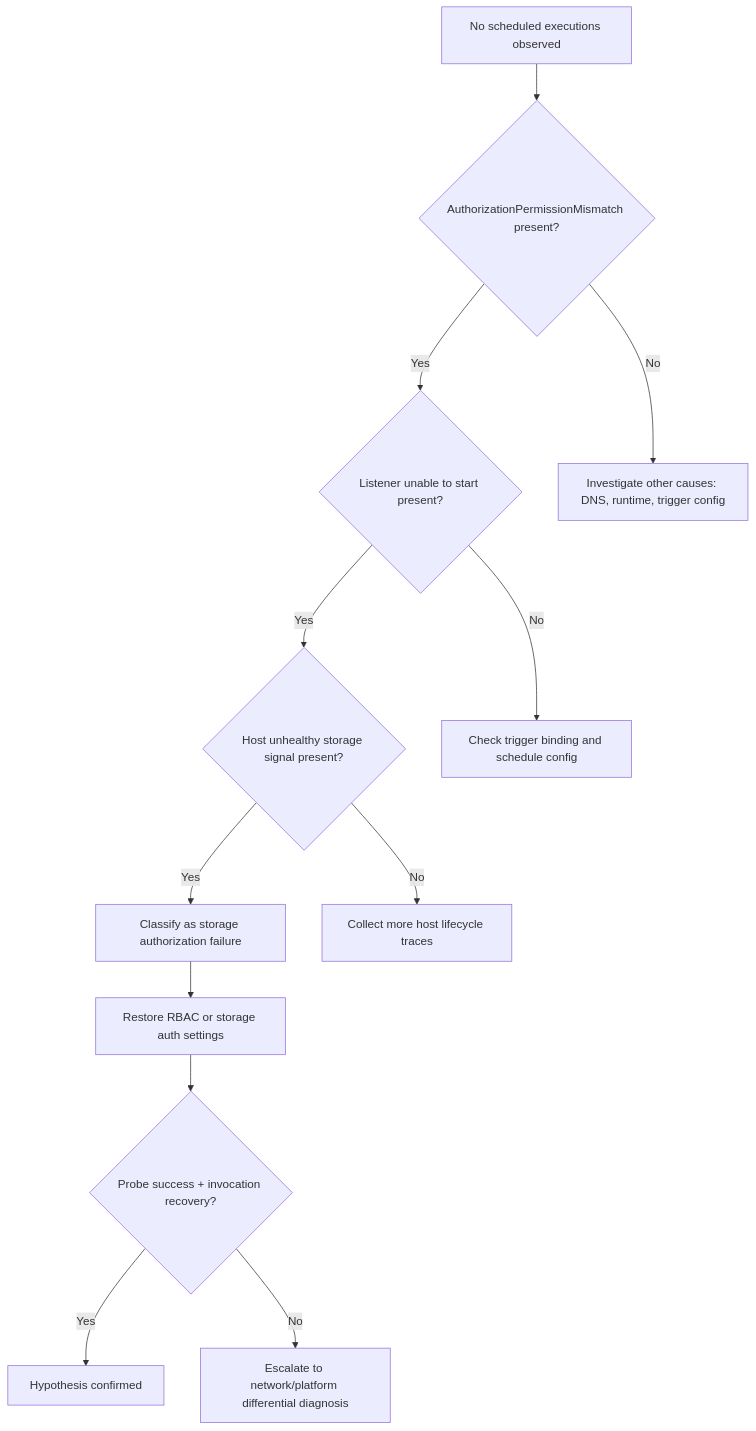
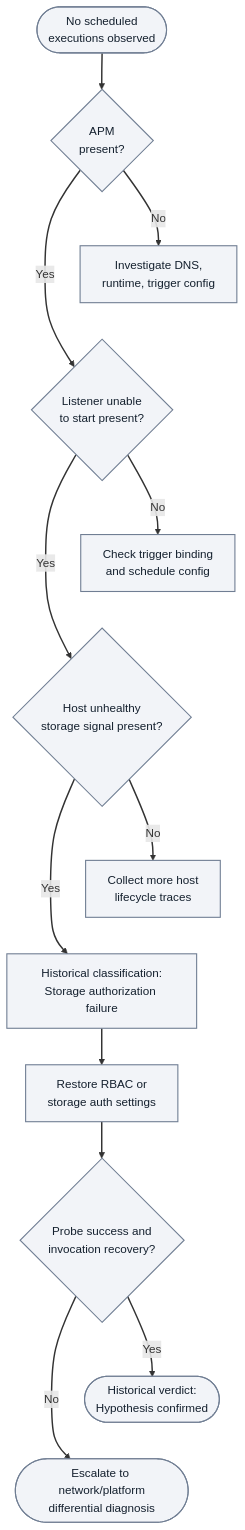
Before and after one commit to yeongseon/azure-functions-practical-guide: the fourth of 5 diagrams in docs/troubleshooting/lab-guides/storage-access-failure.md, drawn with Mermaid. The commit also changed other lines of this file and 1 other file, not shown here.

First line of the commit message:
docs(diagrams): migrate Functions lab storage network auth — storage access failure (#444)

````diff
--- a/docs/troubleshooting/lab-guides/storage-access-failure.md
+++ b/docs/troubleshooting/lab-guides/storage-access-failure.md
@@ -960,14 +977,24 @@
 ```mermaid
 flowchart TD
-    A[No scheduled executions observed] --> B{AuthorizationPermissionMismatch present?}
-    B -->|Yes| C{Listener unable to start present?}
-    B -->|No| D[Investigate other causes: DNS, runtime, trigger config]
-    C -->|Yes| E{Host unhealthy storage signal present?}
-    C -->|No| F[Check trigger binding and schedule config]
-    E -->|Yes| G[Classify as storage authorization failure]
-    E -->|No| H[Collect more host lifecycle traces]
-    G --> I[Restore RBAC or storage auth settings]
-    I --> J{Probe success + invocation recovery?}
-    J -->|Yes| K[Hypothesis confirmed]
-    J -->|No| L["Escalate to network/platform differential diagnosis"]
+    accTitle: Historical storage-access triage decision logic
+    accDescr: Historical routing preserves all four Yes/No checks and their outcomes: permission mismatch, listener unable to start, unhealthy storage and probe plus invocation recovery. Branches labelled No retain alternative checks or escalation. Classification and confirmation labels quote historical logic, not the current Golden scenario verdict rules.
+    A(["No scheduled<br/>executions observed"]) --> B{"APM<br/>present?"}
+    B -->|No| D["Investigate DNS,<br/>runtime, trigger config"]
+    B -->|Yes| C{"Listener unable<br/>to start present?"}
+    %% Layout-only links serialize leaves; they add no diagnostic steps or arrows.
+    D ~~~ C
+    C -->|No| F["Check trigger binding<br/>and schedule config"]
+    C -->|Yes| E{"Host unhealthy<br/>storage signal present?"}
+    F ~~~ E
+    E -->|No| H["Collect more host<br/>lifecycle traces"]
+    E -->|Yes| G["Historical classification:<br/>Storage authorization failure"]
+    H ~~~ G
+    G --> I["Restore RBAC or<br/>storage auth settings"]
+    I --> J{"Probe success and<br/>invocation recovery?"}
+    J -->|Yes| K(["Historical verdict:<br/>Hypothesis confirmed"])
+    J -->|No| L(["Escalate to network/platform<br/>differential diagnosis"])
+    K ~~~ L
+    classDef baseNeutral fill:#f2f4f8,stroke:#707e93,stroke-width:1.5px,color:#14202e;
+    class A,B,C,D,E,F,G,H,I,J,K,L baseNeutral;
+    linkStyle default stroke-width:2px;
 ```
````
